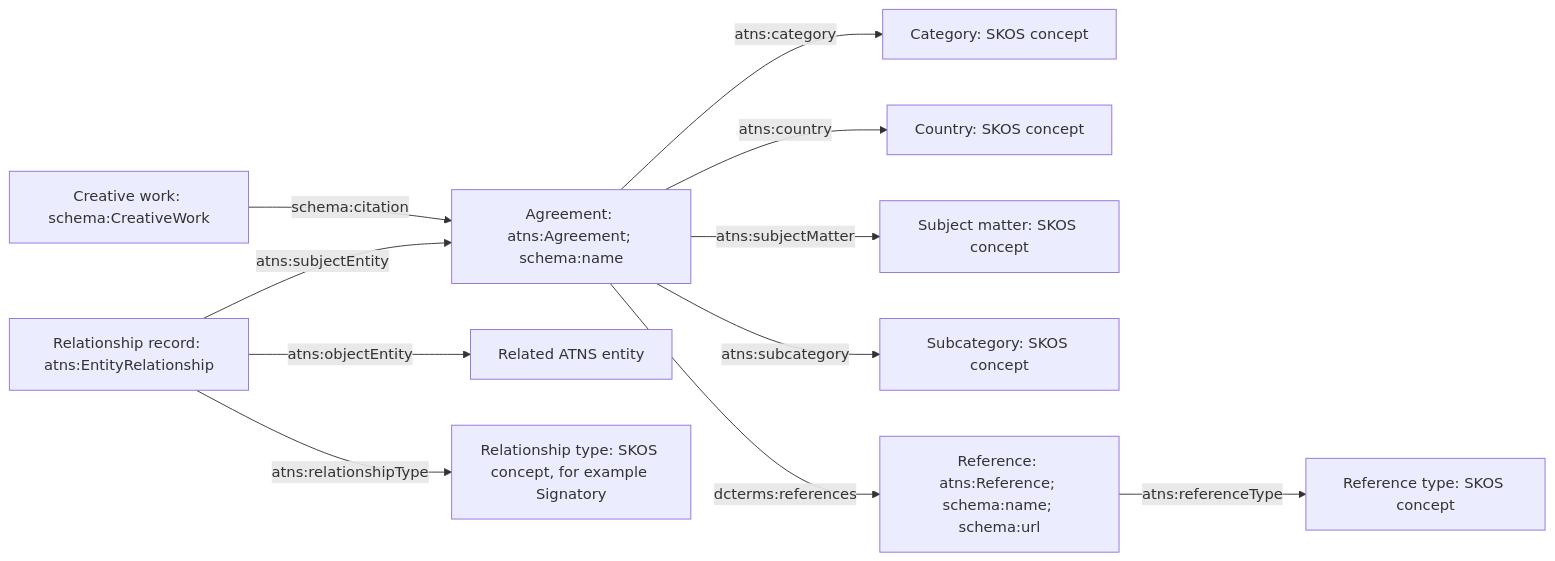
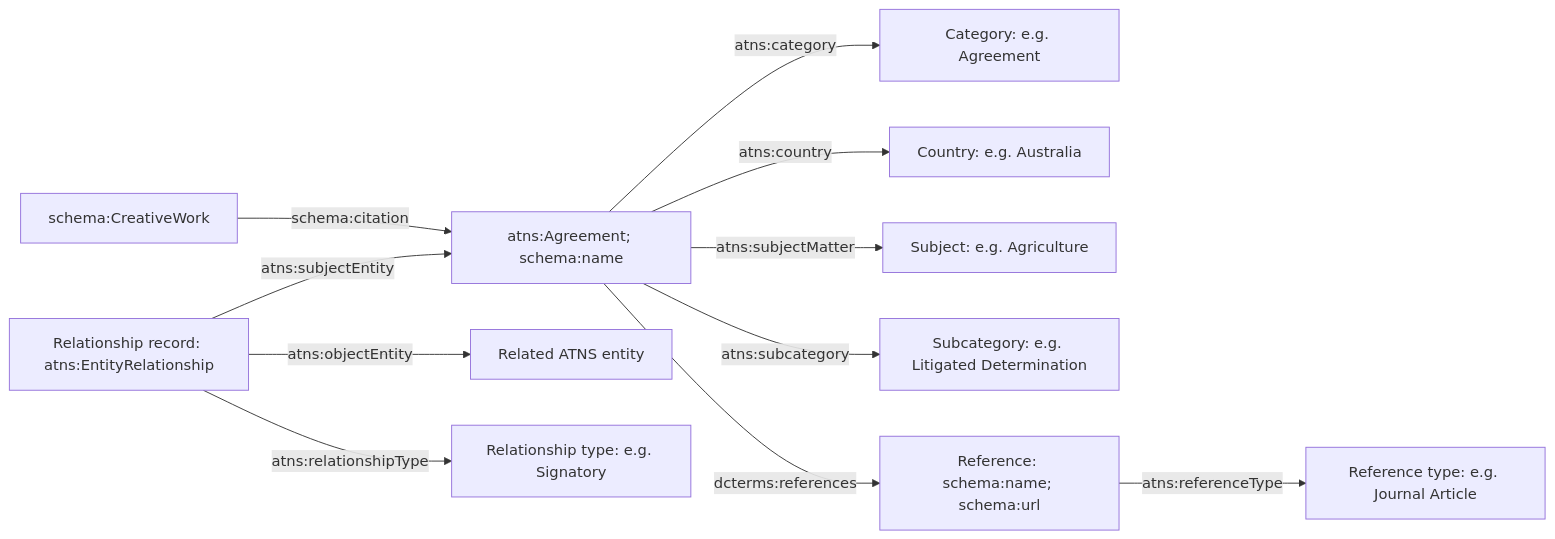
One commit to idn-au/atns-preservation changed the diagram in README.md. Above: the diagram before and after it, drawn with Mermaid.

Commit message:
Update README.md with clearer examples

````diff
--- a/README.md
+++ b/README.md
@@ -12,31 +12,31 @@
 ```mermaid
 flowchart LR
-    work["Creative work: schema:CreativeWork"]
-    agreement["Agreement: atns:Agreement; schema:name"]
+    work["schema:CreativeWork"]
+    agreement["atns:Agreement; schema:name"]
 
-    category["Category: SKOS concept"]
-    country["Country: SKOS concept"]
-    subject["Subject matter: SKOS concept"]
-    subcategory["Subcategory: SKOS concept"]
+    category["Category: e.g. Agreement"]
+    country["Country: e.g. Australia"]
+    subject["Subject: e.g. Agriculture"]
+    subcategory["Subcategory: e.g. Litigated Determination"]
 
-    reference["Reference: atns:Reference; schema:name; schema:url"]
-    referenceType["Reference type: SKOS concept"]
+    reference["Reference: schema:name; schema:url"]
+    referenceType["Reference type: e.g. Journal Article"]
 
     relationship["Relationship record: atns:EntityRelationship"]
     relatedEntity["Related ATNS entity"]
-    relationshipType["Relationship type: SKOS concept, for example Signatory"]
+    relationshipType["Relationship type: e.g. Signatory"]
 
     work -->|schema:citation| agreement
 
     agreement -->|atns:category| category
     agreement -->|atns:country| country
     agreement -->|atns:subjectMatter| subject
     agreement -->|atns:subcategory| subcategory
 
     agreement -->|dcterms:references| reference
     reference -->|atns:referenceType| referenceType
 
     relationship -->|atns:subjectEntity| agreement
     relationship -->|atns:objectEntity| relatedEntity
     relationship -->|atns:relationshipType| relationshipType
 ```
````
